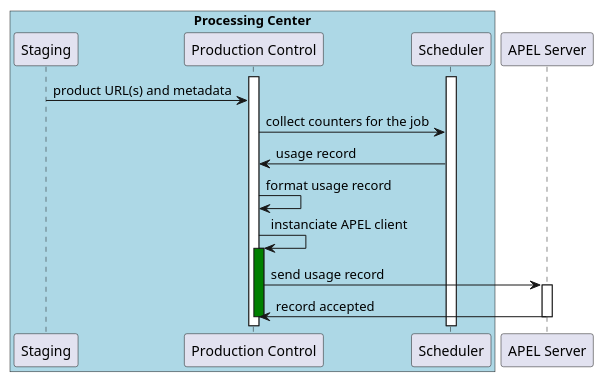
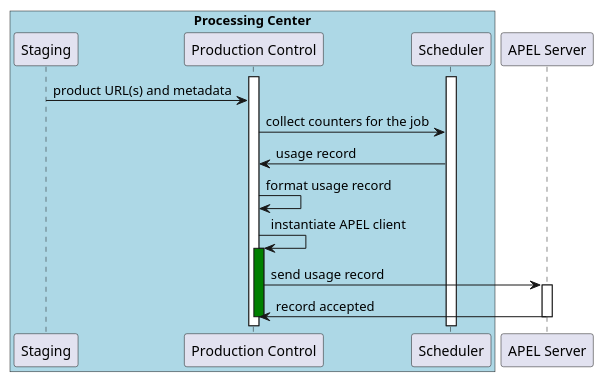
One commit to urban-tep/DDF-SDD changed the diagram in source/design/accounting.rst. Above: the diagram before and after it, drawn with PlantUML. The commit also changed 10 other files, not shown here.

Commit message:
Added description to the sequence diagram in UC02. Modified some index.rst so that the left-side toolbar always represents the right document structure.

```diff
--- a/source/design/accounting.rst
+++ b/source/design/accounting.rst
@@ -14,24 +14,24 @@
 .. uml::
   :caption: Reporting of completed jobs to APEL server
   :align: center
   
   box "Processing Center" #LightBlue
 	  participant "Staging"
 	  participant "Production Control" as PC
 	  participant "Scheduler"
   end box
   participant "APEL Server" as AS
   
   activate PC
   activate Scheduler
   Staging -> PC : product URL(s) and metadata
   PC -> Scheduler : collect counters for the job
   Scheduler -> PC : usage record
   PC -> PC : format usage record
-  PC -> PC : instanciate APEL client
+  PC -> PC : instantiate APEL client
   activate PC #Green
   PC -> AS : send usage record
   activate AS
   AS -> PC : record accepted
   deactivate AS
   deactivate PC
```
